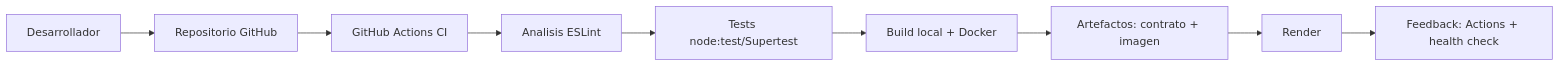
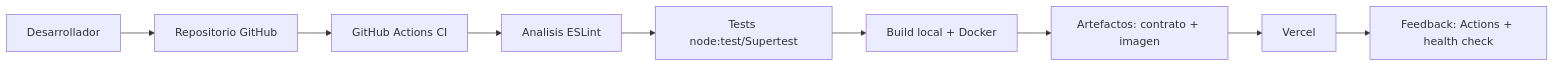
One commit to Ivocettour/ci-cd-demo changed the diagram in README.md. Above: the diagram before and after it, drawn with Mermaid. The commit also changed other lines of this file and 6 other files, not shown here.

````diff
--- a/README.md
+++ b/README.md
@@ -94,11 +94,11 @@
 ```mermaid
 flowchart LR
   Dev["Desarrollador"] --> Repo["Repositorio GitHub"]
   Repo --> CI["GitHub Actions CI"]
   CI --> Analysis["Analisis ESLint"]
   Analysis --> Tests["Tests node:test/Supertest"]
   Tests --> Build["Build local + Docker"]
   Build --> Artifact["Artefactos: contrato + imagen"]
-  Artifact --> Delivery["Render"]
+  Artifact --> Delivery["Vercel"]
   Delivery --> Feedback["Feedback: Actions + health check"]
 ```
````
